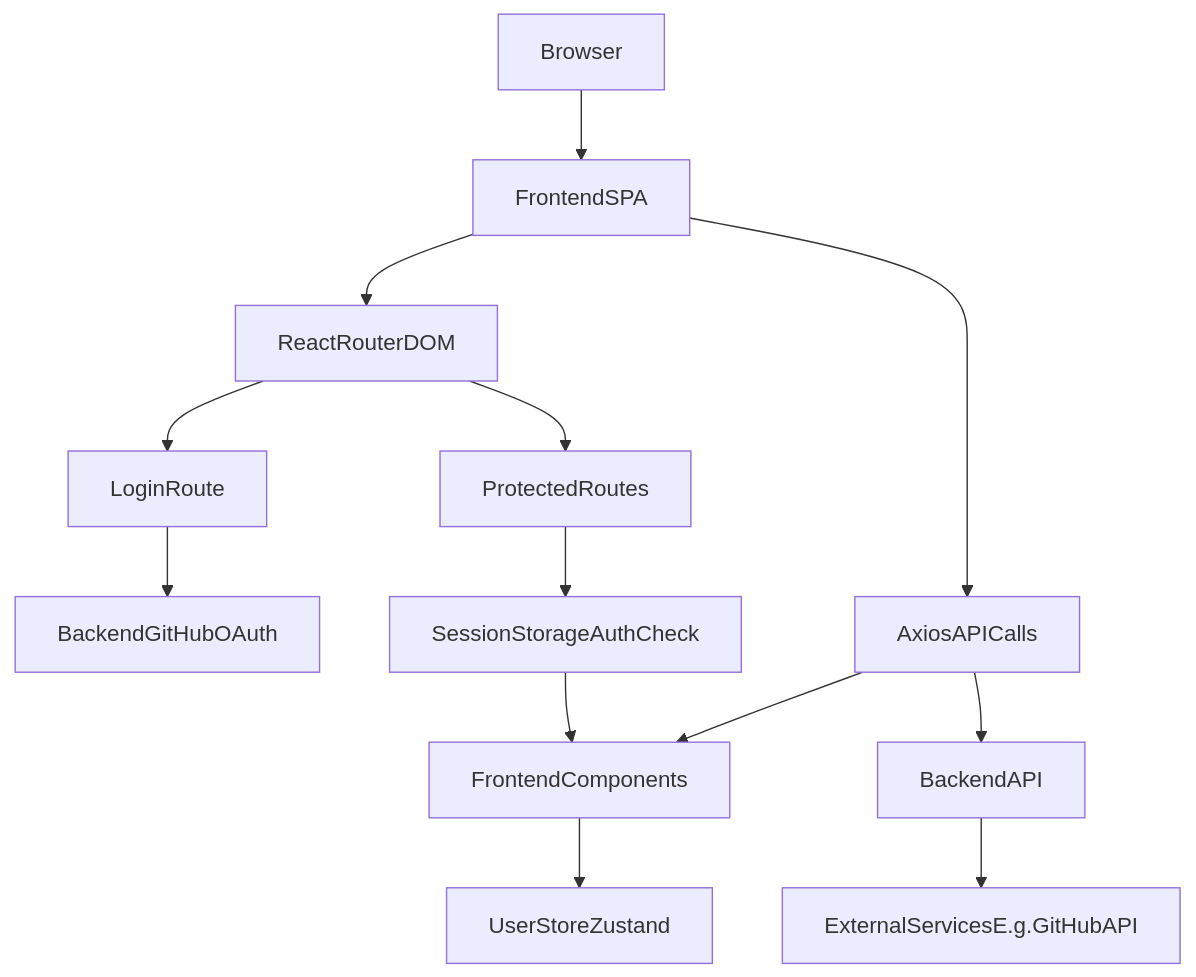
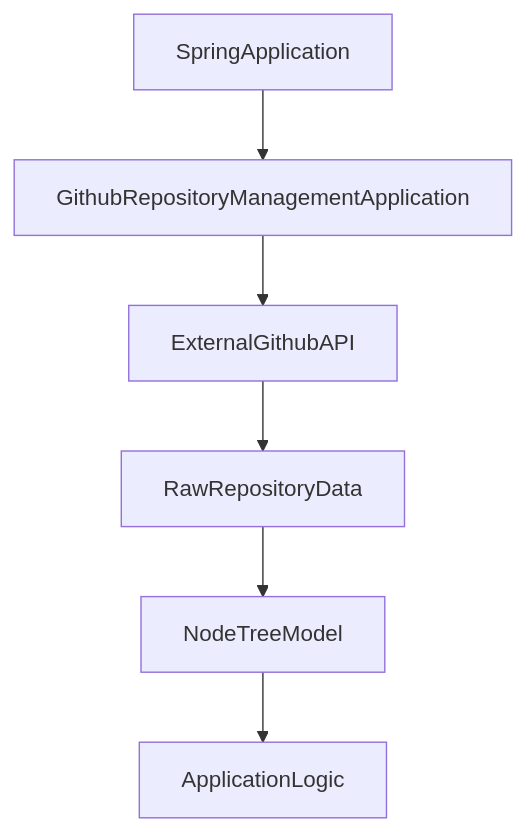
The diagram in docs/REPOSITORY_OVERVIEW.md (test-company-prowiz/Easy-Repo), drawn with Mermaid before and after one commit. The commit also changed other lines of this file and 2 other files, not shown here.

````diff
--- a/docs/REPOSITORY_OVERVIEW.md
+++ b/docs/REPOSITORY_OVERVIEW.md
@@ -57,15 +43,8 @@
 ```mermaid
 graph TD
-Browser --> FrontendSPA[FrontendSPA]
-FrontendSPA --> Router[ReactRouterDOM]
-Router --> LoginRoute[LoginRoute]
-LoginRoute --> BackendOAuth[BackendGitHubOAuth]
-Router --> ProtectedRoutes[ProtectedRoutes]
-ProtectedRoutes --> AuthCheck[SessionStorageAuthCheck]
-FrontendSPA --> APICalls[AxiosAPICalls]
-APICalls --> BackendAPI[BackendAPI]
-BackendAPI --> ExternalServices[ExternalServicesE.g.GitHubAPI]
-AuthCheck --> FrontendComponents[FrontendComponents]
-APICalls --> FrontendComponents
-FrontendComponents --> UserStore[UserStoreZustand]
+A[SpringApplication] --> B[GithubRepositoryManagementApplication]
+B --> C[ExternalGithubAPI]
+C --> D[RawRepositoryData]
+D --> E[NodeTreeModel]
+E --> F[ApplicationLogic]
 ```
````
